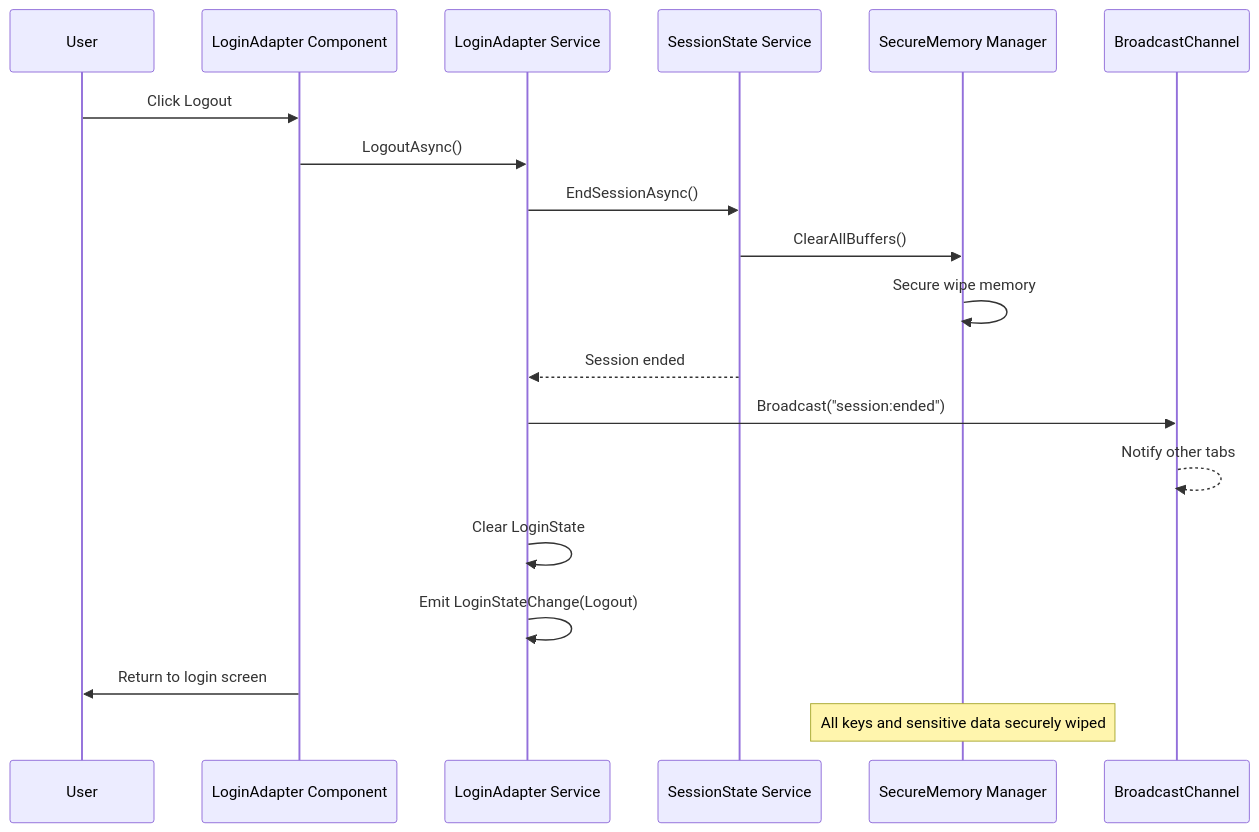
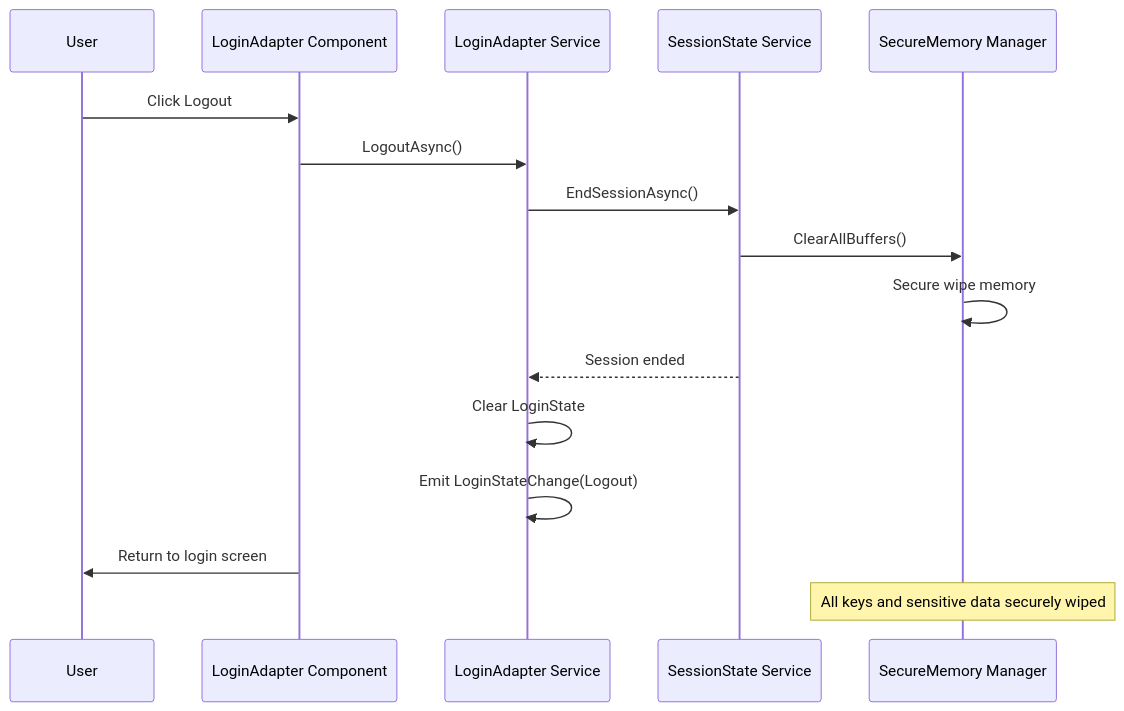
One commit to o2alexanderfedin/Nolock.social.frontends changed the eighth of 8 diagrams in docs/architecture/security/minimal-login-architecture.md. Above: the diagram before and after it, drawn with Mermaid. The commit also changed other lines of this file and 1 other file, not shown here.

First line of the commit message:
docs: simplify login architecture by removing multi-tab coordination

````diff
--- a/docs/architecture/security/minimal-login-architecture.md
+++ b/docs/architecture/security/minimal-login-architecture.md
@@ -674,27 +620,23 @@
 ```mermaid
 sequenceDiagram
     participant U as User
     participant LAC as LoginAdapter Component
     participant LAS as LoginAdapter Service
     participant SSS as SessionState Service
     participant SMM as SecureMemory Manager
-    participant BC as BroadcastChannel
     
     U->>LAC: Click Logout
     LAC->>LAS: LogoutAsync()
     
     LAS->>SSS: EndSessionAsync()
     SSS->>SMM: ClearAllBuffers()
     SMM->>SMM: Secure wipe memory
     SSS-->>LAS: Session ended
     
-    LAS->>BC: Broadcast("session:ended")
-    BC-->>BC: Notify other tabs
-    
     LAS->>LAS: Clear LoginState
     LAS->>LAS: Emit LoginStateChange(Logout)
     
     LAC->>U: Return to login screen
     
     Note over SMM: All keys and sensitive data securely wiped
 ```
````
